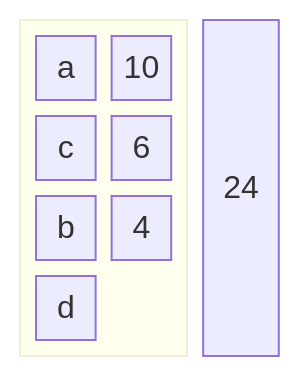
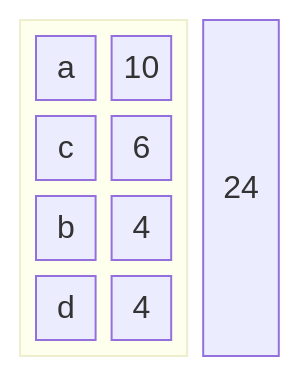
One commit to BenhurUFSM/pod26b changed the fifth of 6 diagrams in Assuntos/compressao.md. Above: the diagram before and after it, drawn with Mermaid. The commit also changed other lines of this file, not shown here.

````diff
--- a/Assuntos/compressao.md
+++ b/Assuntos/compressao.md
@@ -131,12 +131,12 @@
 ```mermaid
 block
 columns 3
 block:b1:2
 columns 2
-a 10
-c  6
-b  4
-d  4
+c1["a"] v1["10"]
+c2["c"] v2["6"]
+c3["b"] v3["4"]
+c4["d"] v4["4"]
 end
 24
 ```
````
